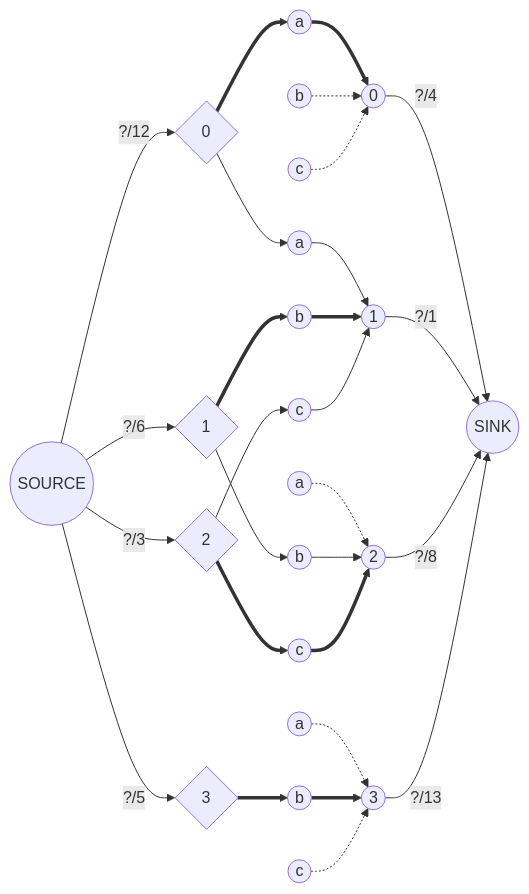
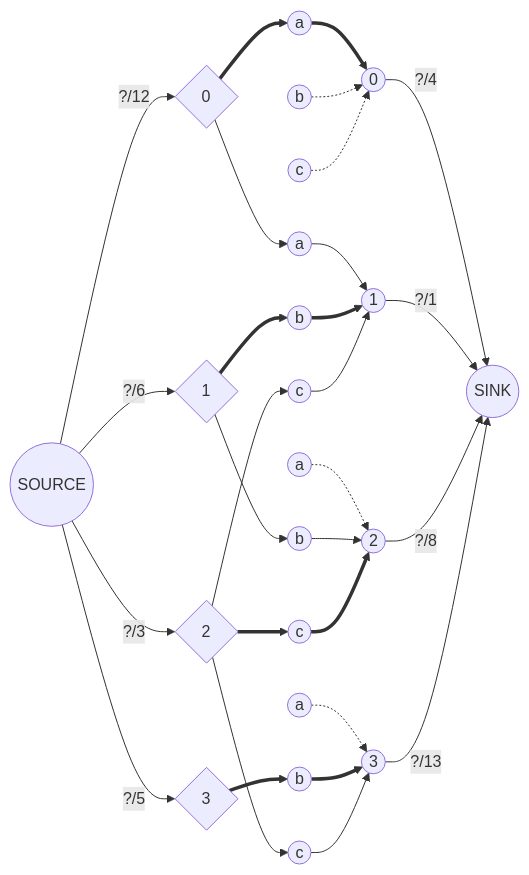
The second of 2 diagrams in vault/sem2/AuW/UE/cx/bf/cx09-bf.md (bfeitknecht/vault), drawn with Mermaid before and after one commit.

Commit message:
vault backup: 2024-05-18 21:43:37 from MacBook Pro (echo)
Affected files:
vault/sem2/AuW/UE/cx/bf/cx09-bf.md

````diff
--- a/vault/sem2/AuW/UE/cx/bf/cx09-bf.md
+++ b/vault/sem2/AuW/UE/cx/bf/cx09-bf.md
@@ -22,63 +22,63 @@
 ```mermaid
 flowchart LR
 
 idF(("SOURCE"))
 idT(("SINK"))
 
 idf0{0}
 idf1{1}
 idf2{2}
 idf3{3}
 
 id0a((a))
 id0b((b))
 id0c((c))
 
 id1a((a))
 id1b((b))
 id1c((c))
 
 id2a((a))
 id2b((b))
 id2c((c))
 
 id3a((a))
 id3b((b))
 id3c((c))
 
 idt0((0))
 idt1((1))
 idt2((2))
 idt3((3))
 
 %%%%%%%%%%%%%%%%%%%%%%%%%%%%%%%%%%%%%%%%%%%%
 
 idF -->|"?/12"| idf0 
 idF -->|"?/6"| idf1
 idF -->|"?/3"| idf2
 idF -->|"?/5"| idf3
 
 idt0 -->|"?/4"| idT 
 idt1 -->|"?/1"| idT
 idt2 -->|"?/8"| idT
 idt3 -->|"?/13"| idT
 
 
 idf0 ==> id0a ==> idt0
 id0b -.-> idt0
 id0c -.-> idt0
 
 idf0 --> id1a --> idt1
 idf1 ==> id1b ==> idt1
 idf2 --> id1c --> idt1
 
 id2a -.-> idt2
 idf1 --> id2b --> idt2
 idf2 ==> id2c ==> idt2
 
 id3a -.-> idt3
 idf3 ==> id3b ==> idt3
-id3c -.-> idt3
+idf2 --> id3c --> idt3
 
 
 ```
````
